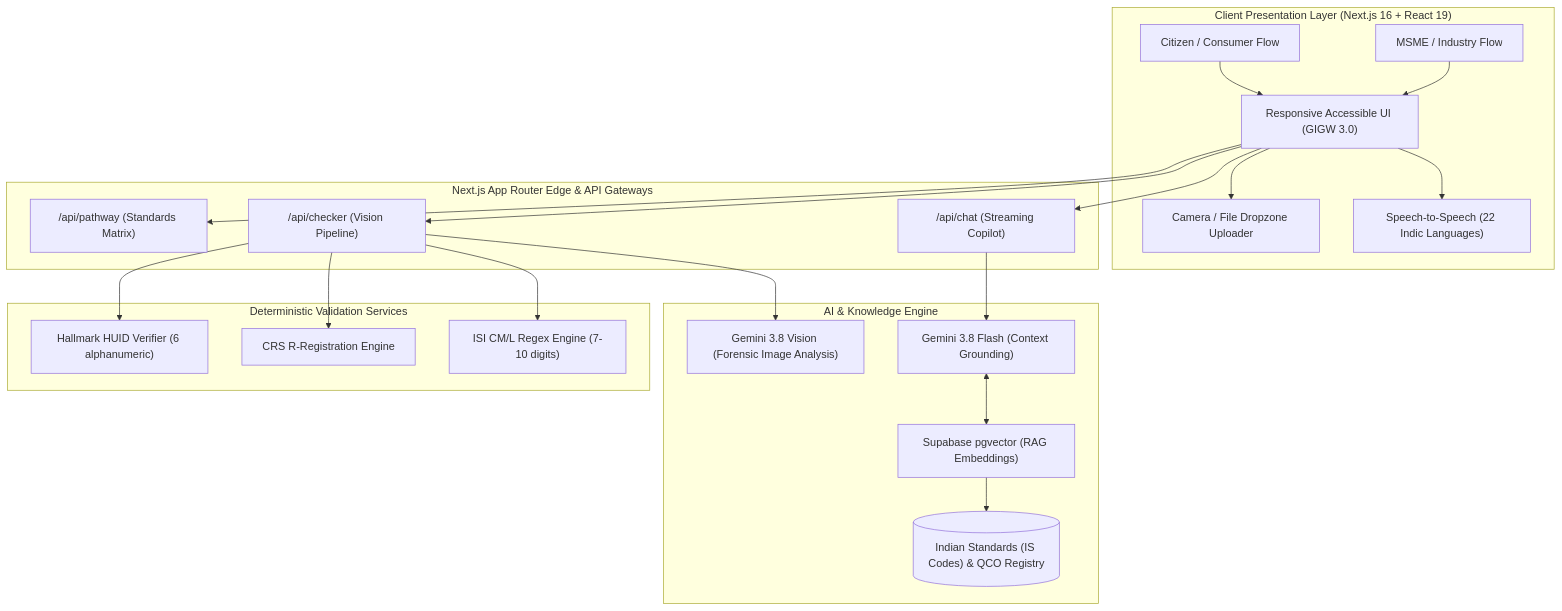
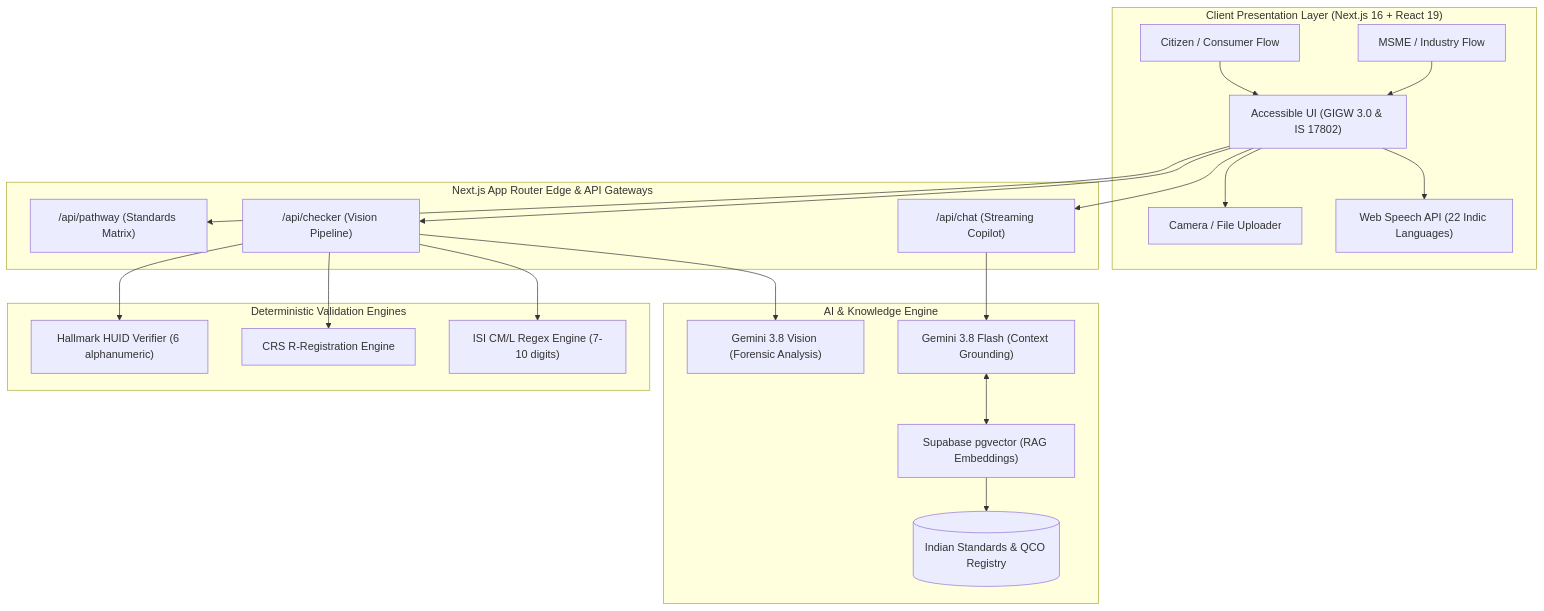
The diagram in README.md (ishangupta1412/sih26107-bis-saathi), drawn with Mermaid before and after one commit. The commit also changed other lines of this file, not shown here.

````diff
--- a/README.md
+++ b/README.md
@@ -102,28 +99,28 @@
 ```mermaid
 flowchart TD
     subgraph Client ["Client Presentation Layer (Next.js 16 + React 19)"]
-        A["Citizen / Consumer Flow"] --> C["Responsive Accessible UI (GIGW 3.0)"]
+        A["Citizen / Consumer Flow"] --> C["Accessible UI (GIGW 3.0 & IS 17802)"]
         B["MSME / Industry Flow"] --> C
-        C --> D["Speech-to-Speech (22 Indic Languages)"]
-        C --> E["Camera / File Dropzone Uploader"]
+        C --> D["Web Speech API (22 Indic Languages)"]
+        C --> E["Camera / File Uploader"]
     end
 
     subgraph Edge ["Next.js App Router Edge & API Gateways"]
         C --> F["/api/chat (Streaming Copilot)"]
         C --> G["/api/checker (Vision Pipeline)"]
         C --> H["/api/pathway (Standards Matrix)"]
     end
 
     subgraph Intelligence ["AI & Knowledge Engine"]
         F --> I["Gemini 3.8 Flash (Context Grounding)"]
-        G --> J["Gemini 3.8 Vision (Forensic Image Analysis)"]
+        G --> J["Gemini 3.8 Vision (Forensic Analysis)"]
         I <--> K["Supabase pgvector (RAG Embeddings)"]
-        K --> L[("Indian Standards (IS Codes) & QCO Registry")]
+        K --> L[("Indian Standards & QCO Registry")]
     end
 
-    subgraph Statutory ["Deterministic Validation Services"]
+    subgraph Statutory ["Deterministic Validation Engines"]
         G --> M["ISI CM/L Regex Engine (7-10 digits)"]
         G --> N["CRS R-Registration Engine"]
         G --> O["Hallmark HUID Verifier (6 alphanumeric)"]
     end
 ```
````
